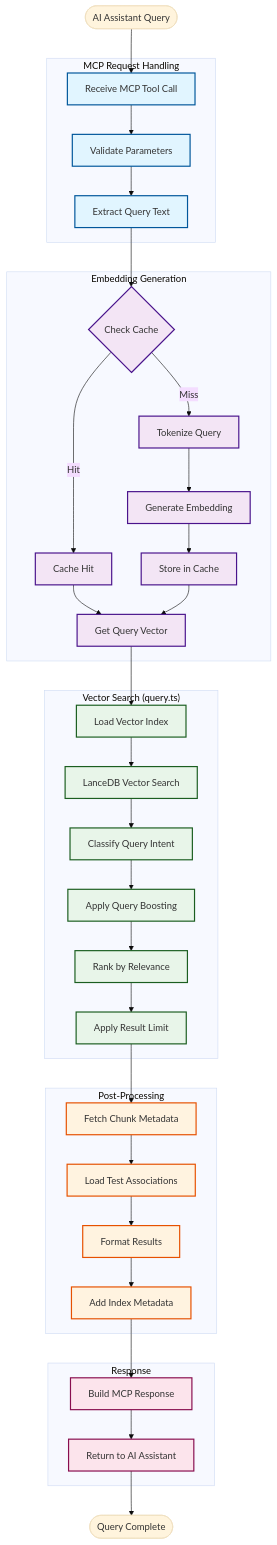
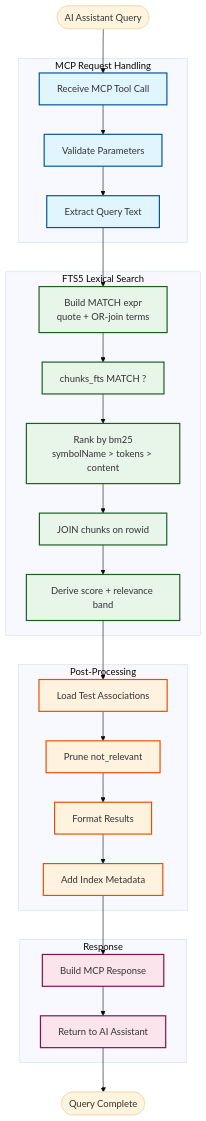
One commit to getlien/lien changed the second of 4 diagrams in docs/architecture/data-flow.md. Above: the diagram before and after it, drawn with Mermaid (base theme). The commit also changed other lines of this file and 131 other files, not shown here.

````diff
--- a/docs/architecture/data-flow.md
+++ b/docs/architecture/data-flow.md
@@ -125,84 +97,62 @@
 ```mermaid
 flowchart TB
     START([AI Assistant Query])
-    
+
     subgraph "MCP Request Handling"
         RECEIVE[Receive MCP Tool Call]
         VALIDATE[Validate Parameters]
         EXTRACT[Extract Query Text]
     end
-    
-    subgraph "Embedding Generation"
-        CHECK_CACHE{Check Cache}
-        CACHE_HIT[Cache Hit]
-        TOKENIZE[Tokenize Query]
-        GENERATE[Generate Embedding]
-        STORE_CACHE[Store in Cache]
-        GET_VECTOR[Get Query Vector]
+
+    subgraph "FTS5 Lexical Search"
+        BUILD_MATCH[Build MATCH expr<br/>quote + OR-join terms]
+        FTS_MATCH[chunks_fts MATCH ?]
+        BM25[Rank by bm25<br/>symbolName &gt; tokens &gt; content]
+        JOIN[JOIN chunks on rowid]
+        BAND[Derive score + relevance band]
     end
-    
-    subgraph "Vector Search (query.ts)"
-        LOAD_INDEX[Load Vector Index]
-        CALC_SIMILARITY[LanceDB Vector Search]
-        BOOST[Apply Query Boosting]
-        CLASSIFY[Classify Query Intent]
-        RANK_RESULTS[Rank by Relevance]
-        APPLY_LIMIT[Apply Result Limit]
-    end
-    
+
     subgraph "Post-Processing"
-        FETCH_METADATA[Fetch Chunk Metadata]
         LOAD_TEST_ASSOC[Load Test Associations]
+        PRUNE[Prune not_relevant]
         FORMAT_RESULTS[Format Results]
         ADD_INDEX_INFO[Add Index Metadata]
     end
-    
+
     subgraph "Response"
         BUILD_RESPONSE[Build MCP Response]
         RETURN[Return to AI Assistant]
     end
-    
+
     END([Query Complete])
-    
-    %% Main Flow
+
     START --> RECEIVE
     RECEIVE --> VALIDATE
     VALIDATE --> EXTRACT
-    EXTRACT --> CHECK_CACHE
-    
-    CHECK_CACHE -->|Hit| CACHE_HIT
-    CHECK_CACHE -->|Miss| TOKENIZE
-    CACHE_HIT --> GET_VECTOR
-    TOKENIZE --> GENERATE
-    GENERATE --> STORE_CACHE
-    STORE_CACHE --> GET_VECTOR
-    
-    GET_VECTOR --> LOAD_INDEX
-    LOAD_INDEX --> CALC_SIMILARITY
-    CALC_SIMILARITY --> CLASSIFY
-    CLASSIFY --> BOOST
-    BOOST --> RANK_RESULTS
-    RANK_RESULTS --> APPLY_LIMIT
-    
-    APPLY_LIMIT --> FETCH_METADATA
-    FETCH_METADATA --> LOAD_TEST_ASSOC
-    LOAD_TEST_ASSOC --> FORMAT_RESULTS
+    EXTRACT --> BUILD_MATCH
+
+    BUILD_MATCH --> FTS_MATCH
+    FTS_MATCH --> BM25
+    BM25 --> JOIN
+    JOIN --> BAND
+
+    BAND --> LOAD_TEST_ASSOC
+    LOAD_TEST_ASSOC --> PRUNE
+    PRUNE --> FORMAT_RESULTS
     FORMAT_RESULTS --> ADD_INDEX_INFO
-    
+
     ADD_INDEX_INFO --> BUILD_RESPONSE
     BUILD_RESPONSE --> RETURN
     RETURN --> END
-    
+
     %% Styling
     classDef mcpClass fill:#e1f5ff,stroke:#01579b,stroke-width:2px
-    classDef embedClass fill:#f3e5f5,stroke:#4a148c,stroke-width:2px
     classDef searchClass fill:#e8f5e9,stroke:#1b5e20,stroke-width:2px
     classDef processClass fill:#fff3e0,stroke:#e65100,stroke-width:2px
     classDef responseClass fill:#fce4ec,stroke:#880e4f,stroke-width:2px
-    
+
     class RECEIVE,VALIDATE,EXTRACT mcpClass
-    class CHECK_CACHE,CACHE_HIT,TOKENIZE,GENERATE,STORE_CACHE,GET_VECTOR embedClass
-    class LOAD_INDEX,CALC_SIMILARITY,BOOST,CLASSIFY,RANK_RESULTS,APPLY_LIMIT searchClass
-    class FETCH_METADATA,LOAD_TEST_ASSOC,FORMAT_RESULTS,ADD_INDEX_INFO processClass
+    class BUILD_MATCH,FTS_MATCH,BM25,JOIN,BAND searchClass
+    class LOAD_TEST_ASSOC,PRUNE,FORMAT_RESULTS,ADD_INDEX_INFO processClass
     class BUILD_RESPONSE,RETURN responseClass
 ```
````
